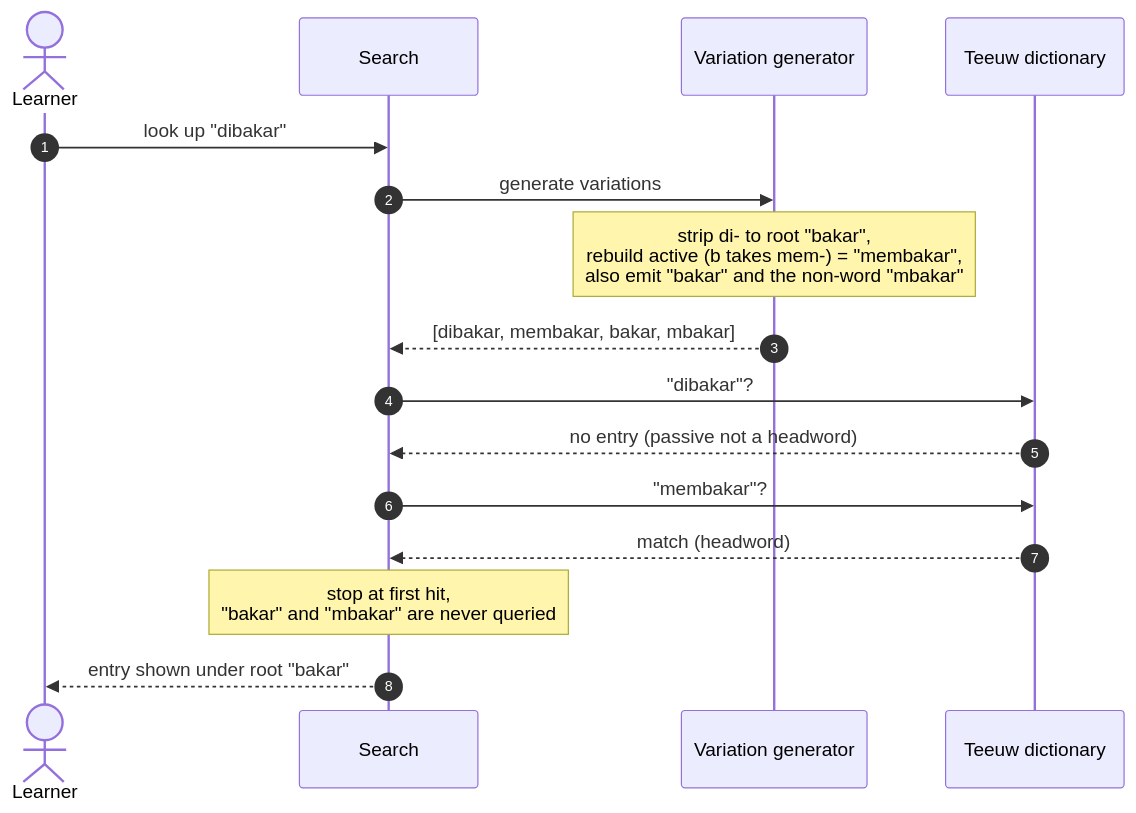
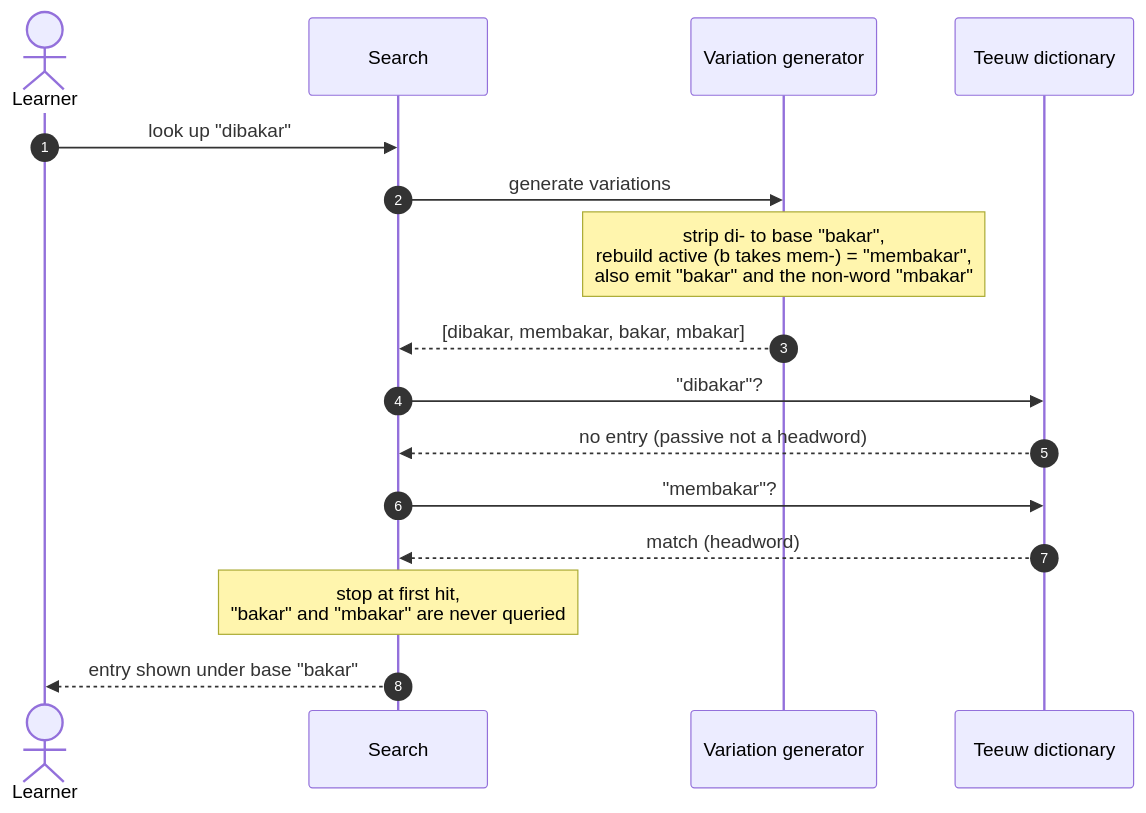
The first of 4 diagrams in apps/docs/docs/guide/how-search-works.md (remarcmij/taalwiz-mono), drawn with Mermaid before and after one commit. The commit also changed other lines of this file, not shown here.

First line of the commit message:
docs: align search-flow guide terminology to Sneddon

````diff
--- a/apps/docs/docs/guide/how-search-works.md
+++ b/apps/docs/docs/guide/how-search-works.md
@@ -94,19 +106,19 @@
 ```mermaid
 sequenceDiagram
     autonumber
     actor U as Learner
     participant S as Search
     participant G as Variation generator
     participant D as Teeuw dictionary
 
     U->>S: look up "dibakar"
     S->>G: generate variations
-    Note over G: strip di- to root "bakar",<br/>rebuild active (b takes mem-) = "membakar",<br/>also emit "bakar" and the non-word "mbakar"
+    Note over G: strip di- to base "bakar",<br/>rebuild active (b takes mem-) = "membakar",<br/>also emit "bakar" and the non-word "mbakar"
     G-->>S: [dibakar, membakar, bakar, mbakar]
     S->>D: "dibakar"?
     D-->>S: no entry (passive not a headword)
     S->>D: "membakar"?
     D-->>S: match (headword)
     Note over S: stop at first hit,<br/>"bakar" and "mbakar" are never queried
-    S-->>U: entry shown under root "bakar"
+    S-->>U: entry shown under base "bakar"
 ```
````
